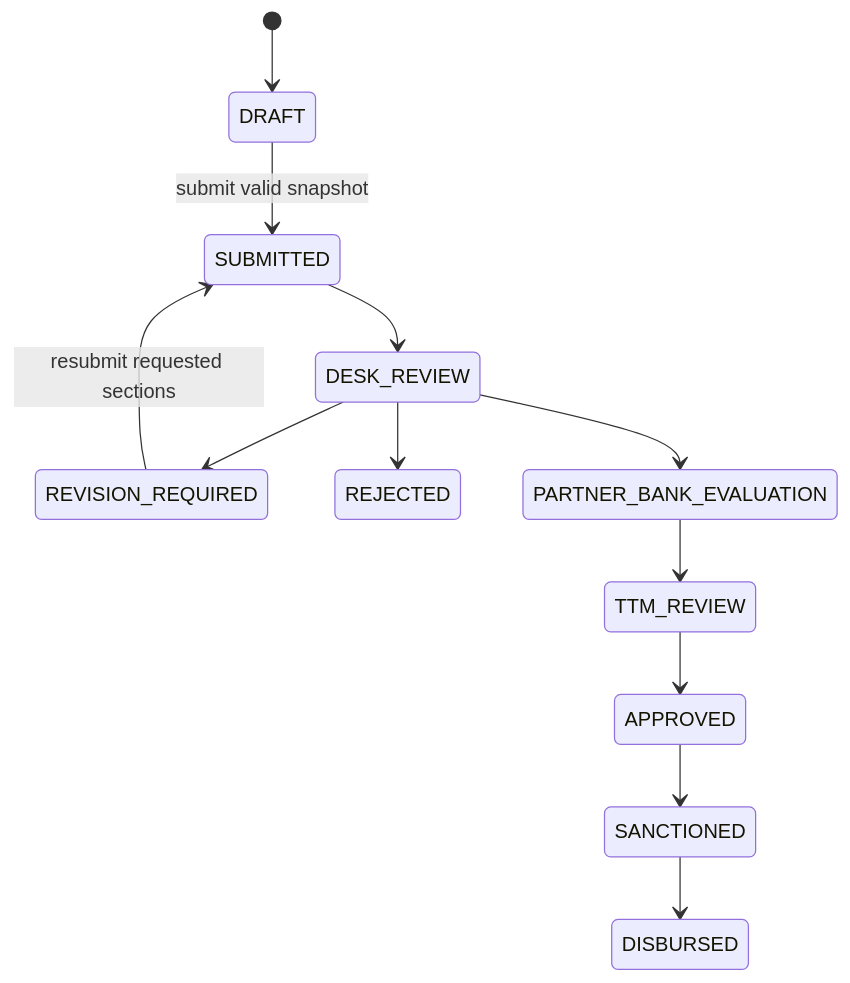
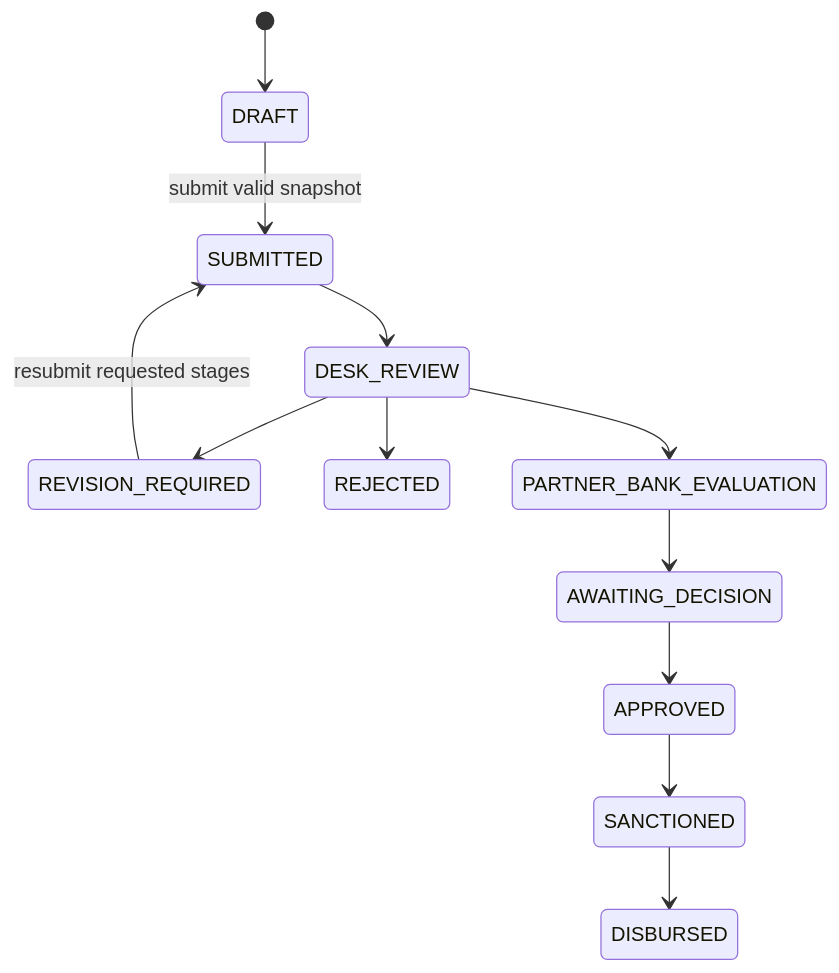
One commit to kuchuk-borom-debbarma/seb-backend changed the fourth of 5 diagrams in docs/application-guide.md. Above: the diagram before and after it, drawn with Mermaid. The commit also changed other lines of this file and 399 other files, not shown here.

````diff
--- a/docs/application-guide.md
+++ b/docs/application-guide.md
@@ -132,14 +138,14 @@
 ```mermaid
 stateDiagram-v2
   [*] --> DRAFT
   DRAFT --> SUBMITTED: submit valid snapshot
   SUBMITTED --> DESK_REVIEW
   DESK_REVIEW --> REVISION_REQUIRED
-  REVISION_REQUIRED --> SUBMITTED: resubmit requested sections
+  REVISION_REQUIRED --> SUBMITTED: resubmit requested stages
   DESK_REVIEW --> REJECTED
   DESK_REVIEW --> PARTNER_BANK_EVALUATION
-  PARTNER_BANK_EVALUATION --> TTM_REVIEW
-  TTM_REVIEW --> APPROVED
+  PARTNER_BANK_EVALUATION --> AWAITING_DECISION
+  AWAITING_DECISION --> APPROVED
   APPROVED --> SANCTIONED
   SANCTIONED --> DISBURSED
 ```
````
